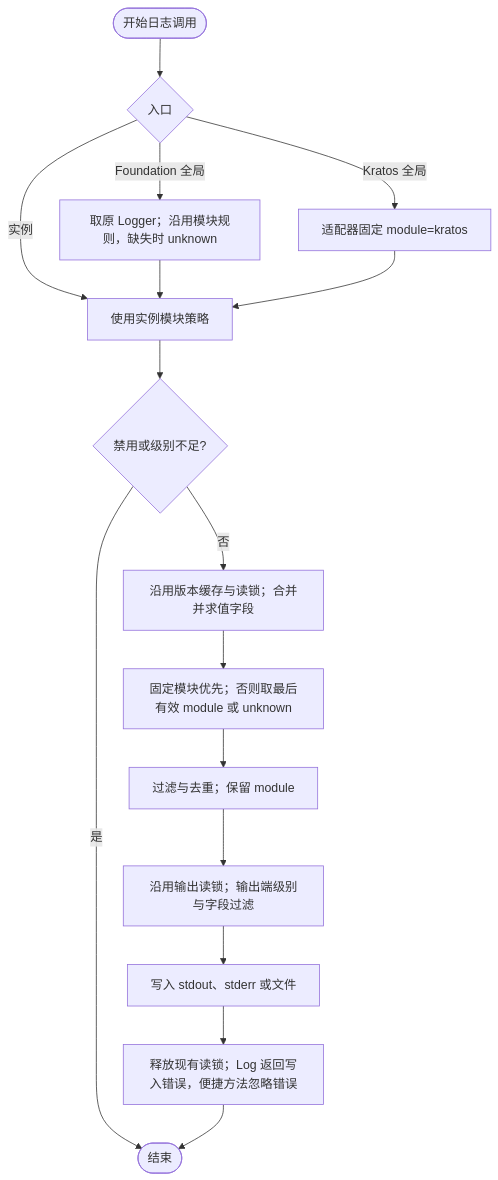
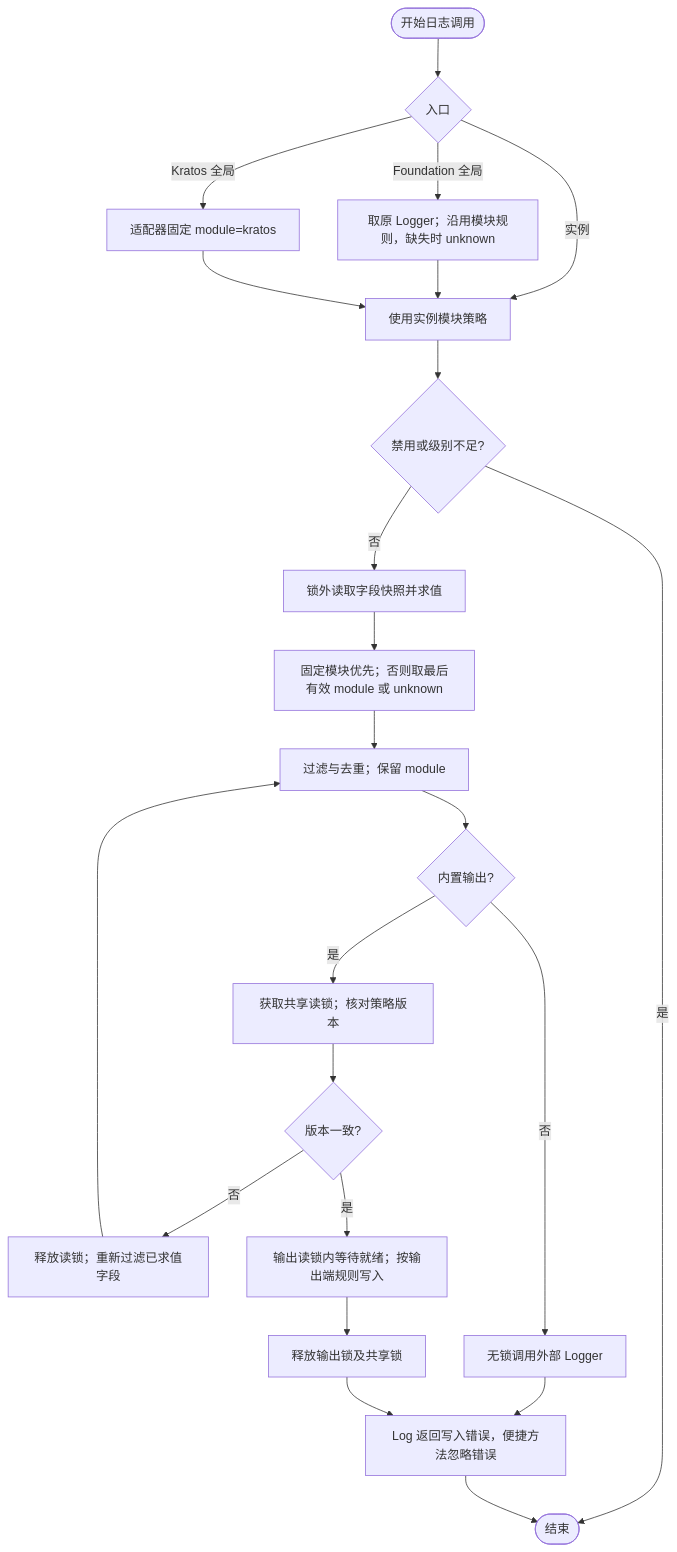
The fifth of 6 diagrams in pkg/log/README.md (jaggerzhuang1994/kratos-foundation), drawn with Mermaid before and after one commit. The commit also changed other lines of this file and 290 other files, not shown here.

````diff
--- a/pkg/log/README.md
+++ b/pkg/log/README.md
@@ -225,18 +275,25 @@
 ```mermaid
 flowchart TD
     A([开始日志调用]) --> B{入口}
     B -- Foundation 全局 --> C[取原 Logger；沿用模块规则，缺失时 unknown]
     B -- Kratos 全局 --> D[适配器固定 module=kratos]
     B -- 实例 --> E[使用实例模块策略]
     C --> E
     D --> E
     E --> F{禁用或级别不足?}
     F -- 是 --> Z([结束])
-    F -- 否 --> G[沿用版本缓存与读锁；合并并求值字段]
+    F -- 否 --> G[锁外读取字段快照并求值]
     G --> H[固定模块优先；否则取最后有效 module 或 unknown]
     H --> I[过滤与去重；保留 module]
-    I --> J[沿用输出读锁；输出端级别与字段过滤]
-    J --> K[写入 stdout、stderr 或文件]
-    K --> L[释放现有读锁；Log 返回写入错误，便捷方法忽略错误]
+    I --> V{内置输出?}
+    V -- 否 --> W[无锁调用外部 Logger]
+    W --> L[Log 返回写入错误，便捷方法忽略错误]
+    V -- 是 --> J[获取共享读锁；核对策略版本]
+    J --> Q{版本一致?}
+    Q -- 否 --> R[释放读锁；重新过滤已求值字段]
+    R --> I
+    Q -- 是 --> K[输出读锁内等待就绪；按输出端规则写入]
+    K --> U[释放输出锁及共享锁]
+    U --> L
     L --> Z
 ```
````
